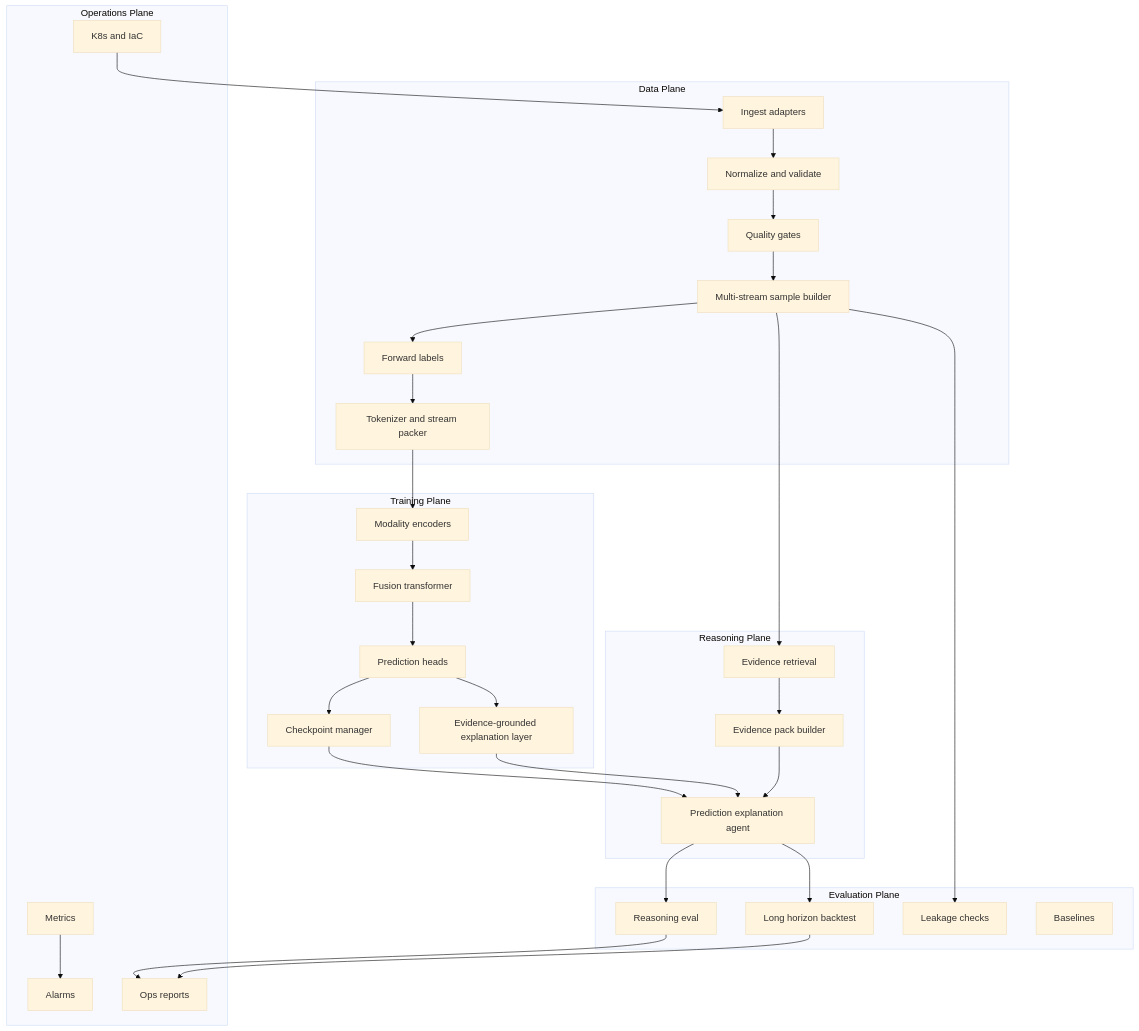
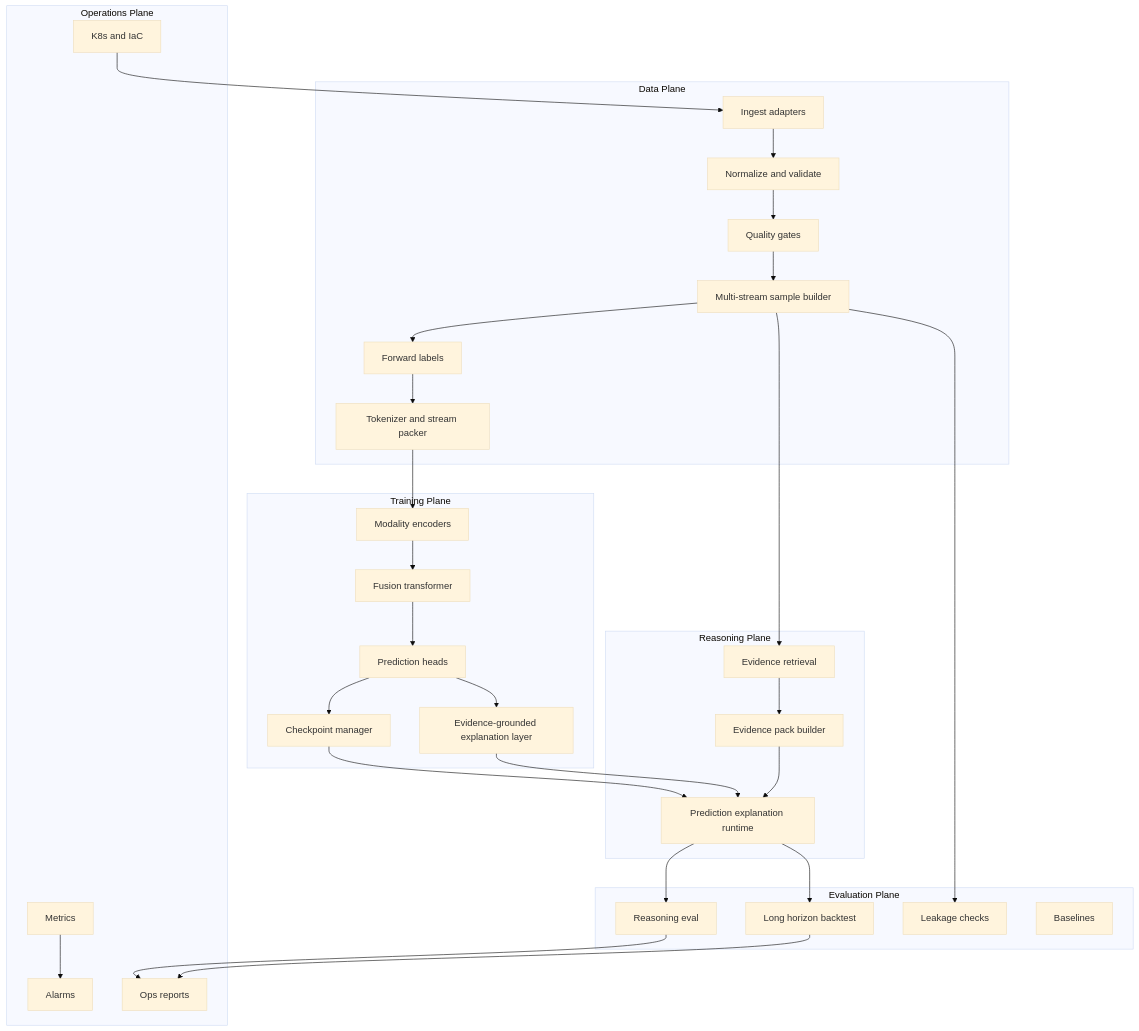
The second of 4 diagrams in docs/high-level-design.md (duoan/mega-trading), drawn with Mermaid (base theme) before and after one commit. The commit also changed other lines of this file and 4 other files, not shown here.

````diff
--- a/docs/high-level-design.md
+++ b/docs/high-level-design.md
@@ -86,52 +86,52 @@
 ```mermaid
 flowchart TB
     subgraph dataPlane [Data Plane]
         Ingest[Ingest adapters]
         Normalize[Normalize and validate]
         Quality[Quality gates]
         Samples[Multi-stream sample builder]
         Labels[Forward labels]
         Tokenize[Tokenizer and stream packer]
     end
 
     subgraph trainPlane [Training Plane]
         Encoders[Modality encoders]
         Fusion[Fusion transformer]
         Heads[Prediction heads]
         Explain[Evidence-grounded explanation layer]
         Checkpoint[Checkpoint manager]
     end
 
     subgraph reasoningPlane [Reasoning Plane]
         Retrieve[Evidence retrieval]
         Prompt[Evidence pack builder]
-        Agent[Prediction explanation agent]
+        Output[Prediction explanation runtime]
     end
 
     subgraph evalPlane [Evaluation Plane]
         ReasonEval[Reasoning eval]
         Backtest[Long horizon backtest]
         Leakage[Leakage checks]
         Baselines[Baselines]
     end
 
     subgraph opsPlane [Operations Plane]
         Metrics[Metrics]
         Alarms[Alarms]
         Reports[Ops reports]
         Deploy[K8s and IaC]
     end
 
     Ingest --> Normalize --> Quality --> Samples --> Labels --> Tokenize
     Tokenize --> Encoders --> Fusion --> Heads --> Checkpoint
-    Heads --> Explain --> Agent
-    Samples --> Retrieve --> Prompt --> Agent
-    Checkpoint --> Agent
-    Agent --> ReasonEval
-    Agent --> Backtest
+    Heads --> Explain --> Output
+    Samples --> Retrieve --> Prompt --> Output
+    Checkpoint --> Output
+    Output --> ReasonEval
+    Output --> Backtest
     Samples --> Leakage
     Backtest --> Reports
     ReasonEval --> Reports
     Metrics --> Alarms
     Deploy --> Ingest
 ```
````
